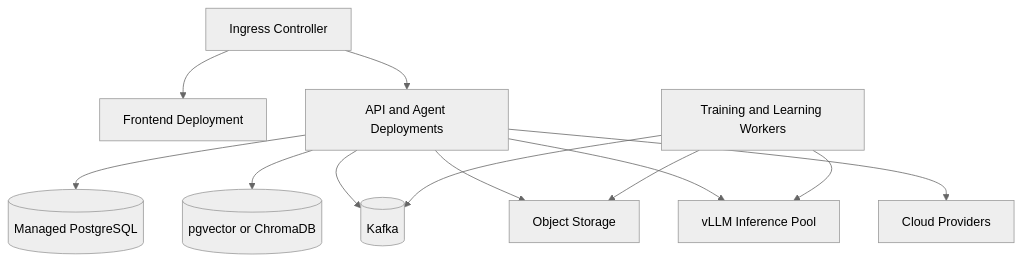
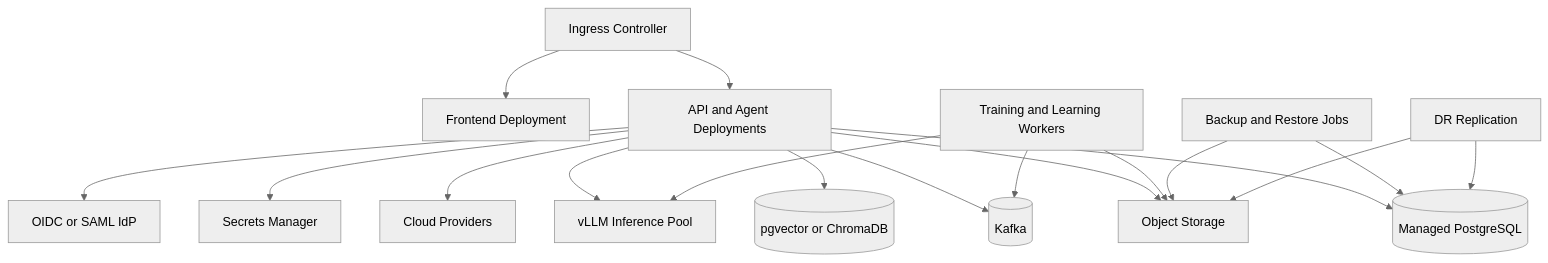
The third of 3 diagrams in docs/deployment.md (dcfrancisco/open-intelligence-platform), drawn with Mermaid (neutral theme) before and after one commit. The commit also changed other lines of this file and 24 other files, not shown here.

````diff
--- a/docs/deployment.md
+++ b/docs/deployment.md
@@ -90,14 +78,20 @@
 ```mermaid
 flowchart TB
     Ingress[Ingress Controller] --> FE[Frontend Deployment]
     Ingress --> APIs[API and Agent Deployments]
     APIs --> DB[(Managed PostgreSQL)]
     APIs --> Vector[(pgvector or ChromaDB)]
     APIs --> Kafka[(Kafka)]
     APIs --> Obj[Object Storage]
     APIs --> LocalAI[vLLM Inference Pool]
     APIs --> CloudAI[Cloud Providers]
+    APIs --> Vault[Secrets Manager]
+    APIs --> IdP[OIDC or SAML IdP]
     Workers[Training and Learning Workers] --> Kafka
     Workers --> Obj
     Workers --> LocalAI
+    Backup[Backup and Restore Jobs] --> DB
+    Backup --> Obj
+    DR[DR Replication] --> DB
+    DR --> Obj
 ```
````
